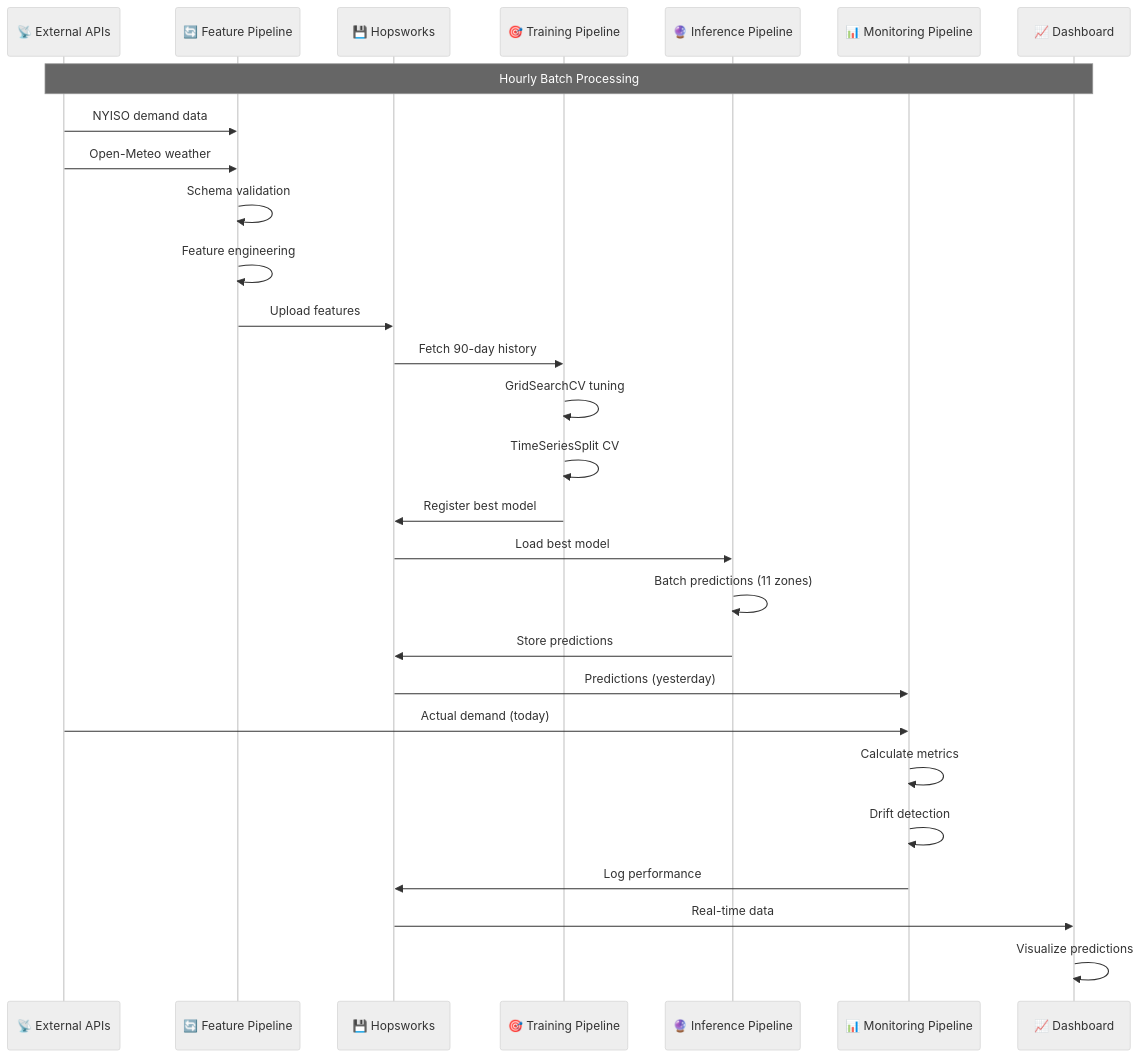
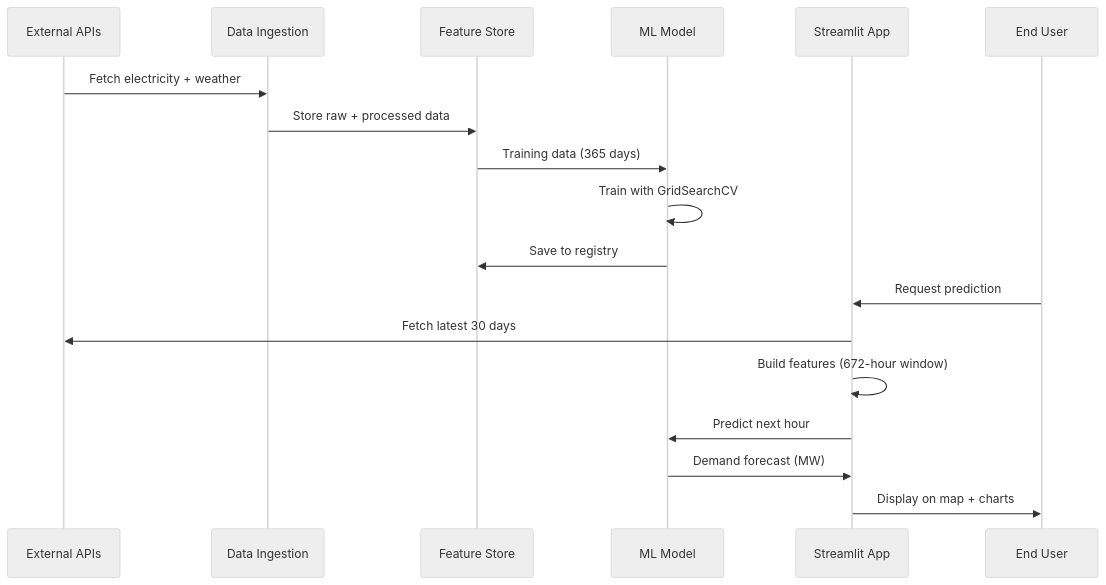
The third of 4 diagrams in README.md (JavithNaseem-J/WattPredictor), drawn with Mermaid (neutral theme) before and after one commit. The commit also changed other lines of this file and 6 other files, not shown here.

````diff
--- a/README.md
+++ b/README.md
@@ -149,37 +127,22 @@
 ```mermaid
 sequenceDiagram
-    participant APIs as 📡 External APIs
-    participant Feature as 🔄 Feature Pipeline
-    participant Hopsworks as 💾 Hopsworks
-    participant Training as 🎯 Training Pipeline
-    participant Inference as 🔮 Inference Pipeline
-    participant Monitor as 📊 Monitoring Pipeline
-    participant Dashboard as 📈 Dashboard
+    participant API as External APIs
+    participant Ingestion as Data Ingestion
+    participant FS as Feature Store
+    participant Model as ML Model
+    participant App as Streamlit App
+    participant User as End User
     
-    Note over APIs,Dashboard: Hourly Batch Processing
+    API->>Ingestion: Fetch electricity + weather
+    Ingestion->>FS: Store raw + processed data
+    FS->>Model: Training data (365 days)
+    Model->>Model: Train with GridSearchCV
+    Model->>FS: Save to registry
     
-    APIs->>Feature: NYISO demand data
-    APIs->>Feature: Open-Meteo weather
-    
-    Feature->>Feature: Schema validation
-    Feature->>Feature: Feature engineering
-    Feature->>Hopsworks: Upload features
-    
-    Hopsworks->>Training: Fetch 90-day history
-    Training->>Training: GridSearchCV tuning
-    Training->>Training: TimeSeriesSplit CV
-    Training->>Hopsworks: Register best model
-    
-    Hopsworks->>Inference: Load best model
-    Inference->>Inference: Batch predictions (11 zones)
-    Inference->>Hopsworks: Store predictions
-    
-    Hopsworks->>Monitor: Predictions (yesterday)
-    APIs->>Monitor: Actual demand (today)
-    Monitor->>Monitor: Calculate metrics
-    Monitor->>Monitor: Drift detection
-    Monitor->>Hopsworks: Log performance
-    
-    Hopsworks->>Dashboard: Real-time data
-    Dashboard->>Dashboard: Visualize predictions
+    User->>App: Request prediction
+    App->>API: Fetch latest 30 days
+    App->>App: Build features (672-hour window)
+    App->>Model: Predict next hour
+    Model->>App: Demand forecast (MW)
+    App->>User: Display on map + charts
 ```
````
